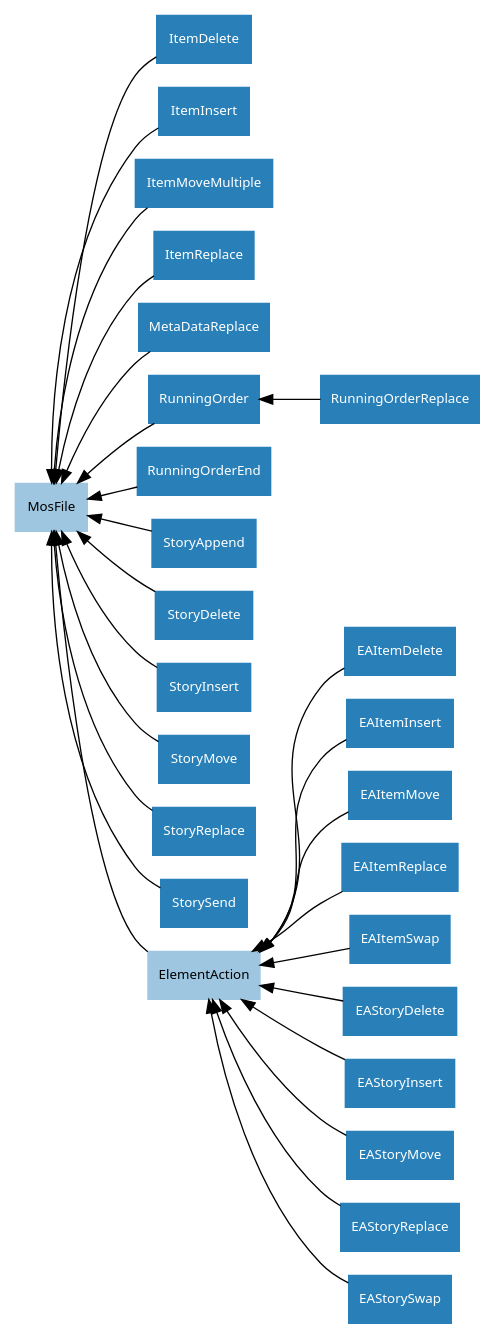
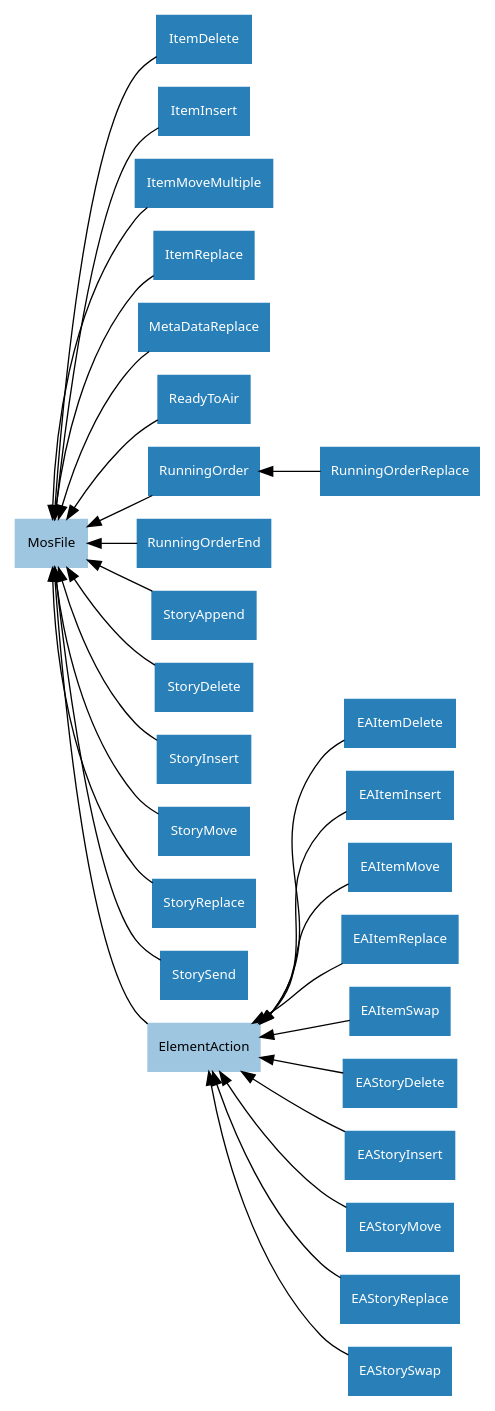
Before and after one commit to bbc/mosromgr: the diagram in docs/images/class_hierarchy.dot, drawn with Graphviz. The commit also changed 22 other files, not shown here.

Commit message:
Add ReadyToAir MOS Type, and use pytest fixtures instead of file constants, release v0.5.0

```diff
--- a/docs/images/class_hierarchy.dot
+++ b/docs/images/class_hierarchy.dot
@@ -1,40 +1,41 @@
 digraph classes {
     graph [rankdir=RL];
     node [shape=rect, style=filled, fontname=Sans, fontsize=10];
     edge [];
 
     /* Abstract classes */
     node [color="#9ec6e0", fontcolor="#000000"]
 
     ElementAction;
     MosFile;
 
     /* Concrete classes */
     node [color="#2980b9", fontcolor="#ffffff"];
 
     EAItemDelete->ElementAction;
     EAItemInsert->ElementAction;
     EAItemMove->ElementAction;
     EAItemReplace->ElementAction;
     EAItemSwap->ElementAction;
     EAStoryDelete->ElementAction;
     EAStoryInsert->ElementAction;
     EAStoryMove->ElementAction;
     EAStoryReplace->ElementAction;
     EAStorySwap->ElementAction;
     ElementAction->MosFile;
     ItemDelete->MosFile;
     ItemInsert->MosFile;
     ItemMoveMultiple->MosFile;
     ItemReplace->MosFile;
     MetaDataReplace->MosFile;
+    ReadyToAir->MosFile;
     RunningOrder->MosFile;
     RunningOrderEnd->MosFile;
     RunningOrderReplace->RunningOrder;
     StoryAppend->MosFile;
     StoryDelete->MosFile;
     StoryInsert->MosFile;
     StoryMove->MosFile;
     StoryReplace->MosFile;
     StorySend->MosFile;
 }
```
